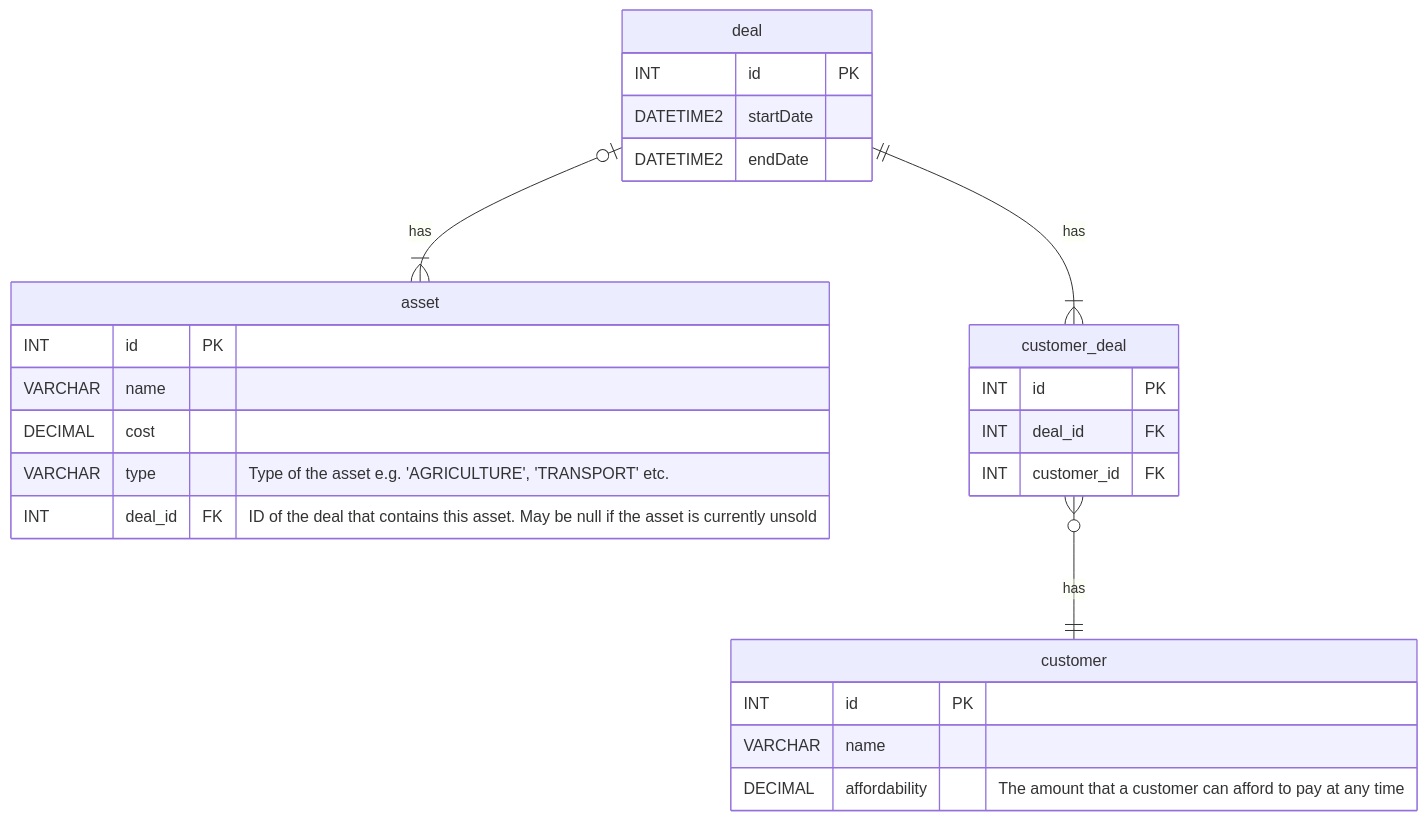
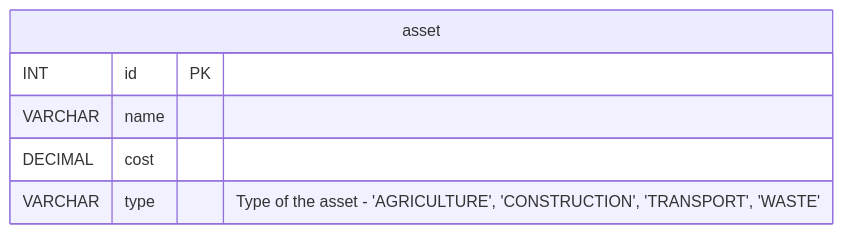
One commit to Jake-Baum/asset-recommender changed the diagram in README.md. Above: the diagram before and after it, drawn with Mermaid. The commit also changed other lines of this file and 17 other files, not shown here.

````diff
--- a/README.md
+++ b/README.md
@@ -25,28 +28,9 @@
 ```mermaid
 erDiagram
-    deal {
-        INT id PK 
-        DATETIME2 startDate 
-        DATETIME2 endDate
-    }
     asset {
         INT id PK
         VARCHAR name
         DECIMAL cost
-        VARCHAR type "Type of the asset e.g. 'AGRICULTURE', 'TRANSPORT' etc."
-        INT deal_id FK "ID of the deal that contains this asset.  May be null if the asset is currently unsold"
+        VARCHAR type "Type of the asset - 'AGRICULTURE', 'CONSTRUCTION', 'TRANSPORT', 'WASTE'"
     }
-    customer {
-        INT id PK
-        VARCHAR name
-        DECIMAL affordability "The amount that a customer can afford to pay at any time"
-    }
-    customer_deal {
-        INT id PK
-        INT deal_id FK
-        INT customer_id FK
-    }
-    deal |o--|{ asset : has
-    deal ||--|{ customer_deal : has
-    customer_deal }o--|| customer : has
 ```
````
